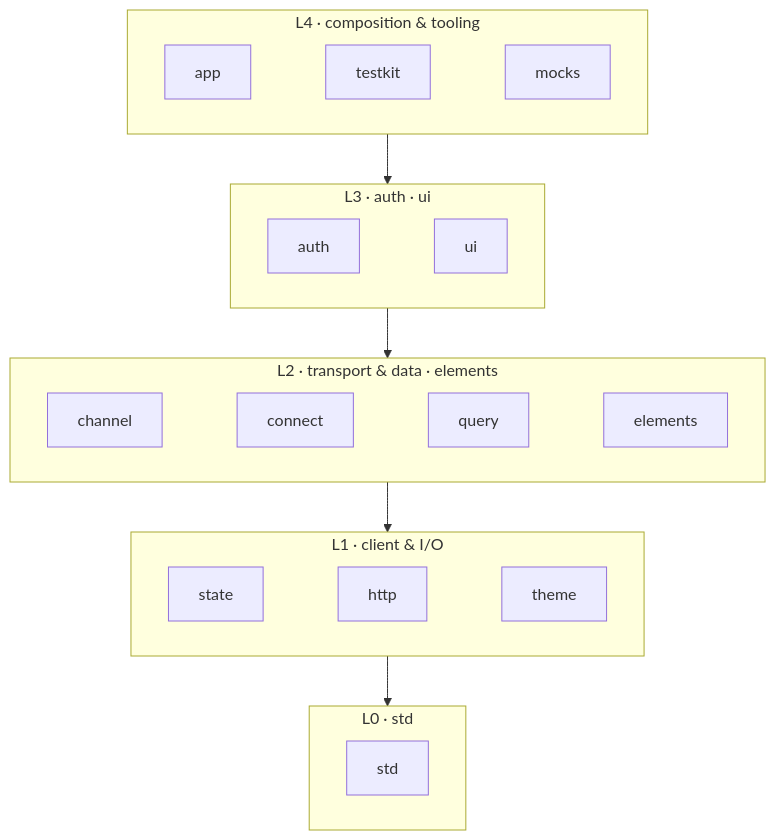
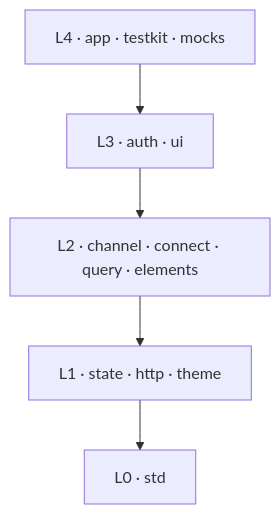
The diagram in README.md (kbukum/plainworks), drawn with Mermaid before and after one commit. The commit also changed other lines of this file and 284 other files, not shown here.

````diff
--- a/README.md
+++ b/README.md
@@ -22,19 +40,7 @@
 ```mermaid
 flowchart TD
-  subgraph L4["L4 · composition & tooling"]
-    app[app] ~~~ testkit[testkit] ~~~ mocks[mocks]
-  end
-  subgraph L3["L3 · auth · ui"]
-    auth[auth] ~~~ ui[ui]
-  end
-  subgraph L2["L2 · transport & data · elements"]
-    channel[channel] ~~~ connect[connect] ~~~ query[query] ~~~ elements[elements]
-  end
-  subgraph L1["L1 · client & I/O"]
-    state[state] ~~~ http[http] ~~~ theme[theme]
-  end
-  subgraph L0["L0 · std"]
-    std[std]
-  end
-  L4 --> L3 --> L2 --> L1 --> L0
+  L4["L4 · app · testkit · mocks"] --> L3["L3 · auth · ui"]
+  L3 --> L2["L2 · channel · connect · query · elements"]
+  L2 --> L1["L1 · state · http · theme"]
+  L1 --> L0["L0 · std"]
 ```
````
